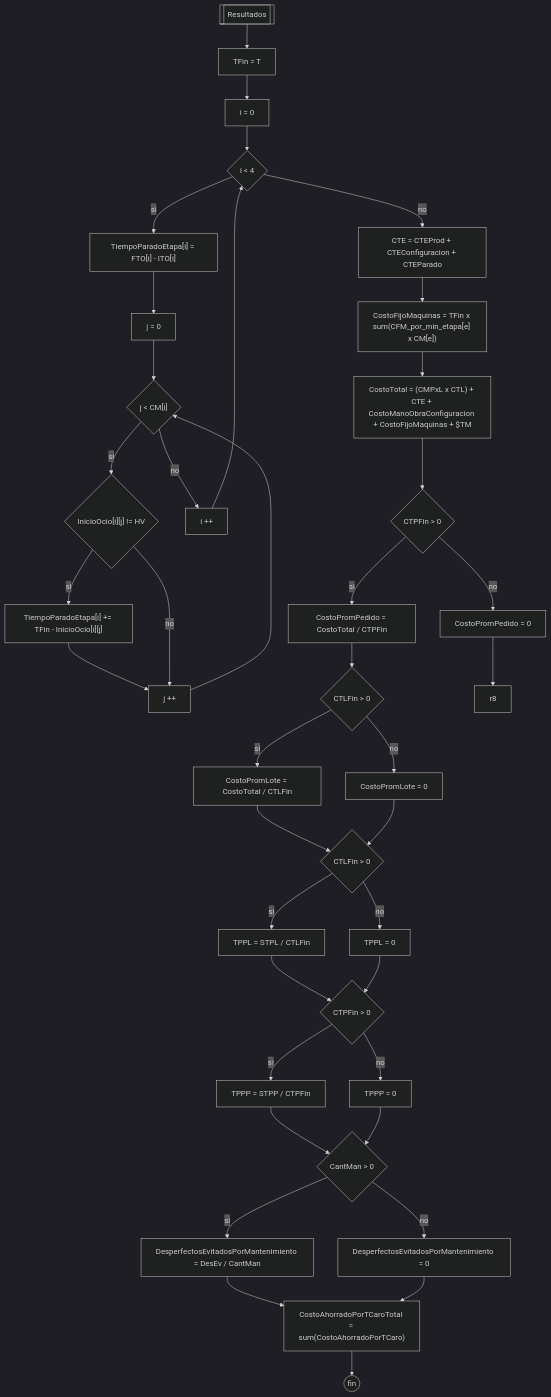
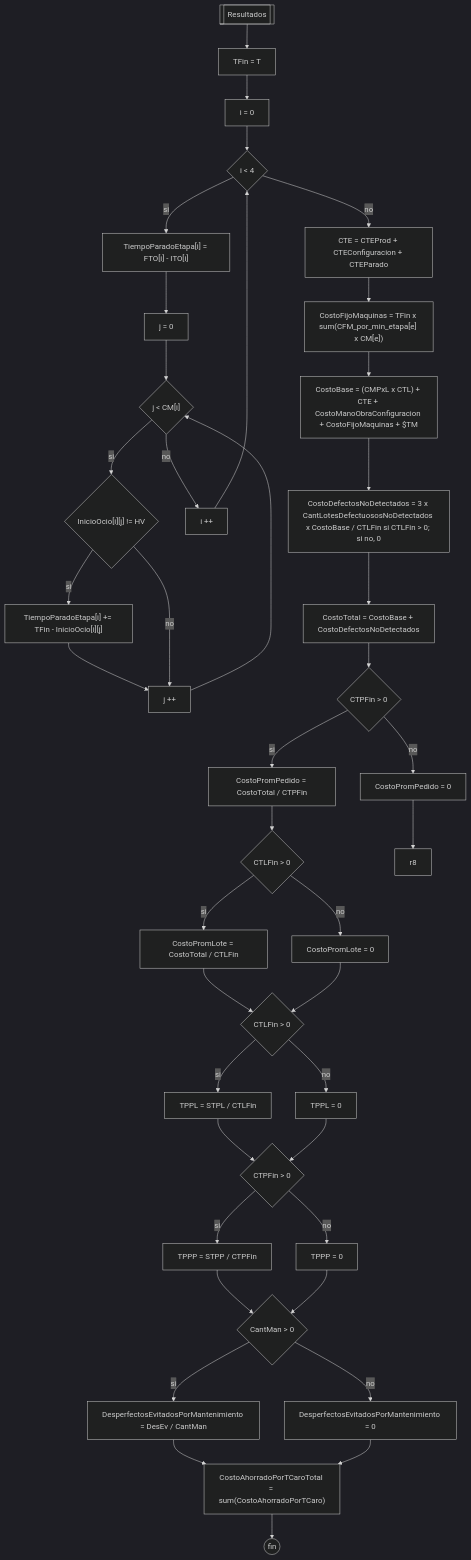
The diagram in Documentación/docs/Diagramas/Resultados.mermaid (JuanManuelPrividera/TP-Simu), drawn with Mermaid (dark theme) before and after one commit. The commit also changed 118 other files, not shown here.

```diff
--- a/Documentación/docs/Diagramas/Resultados.mermaid
+++ b/Documentación/docs/Diagramas/Resultados.mermaid
@@ -1,25 +1,25 @@
 flowchart TD
     direction TD
 
     a[[Resultados]] --> b["TFin = T"]
     b --> c["i = 0"]
     c --> d{"i < 4"}
     d --> |si| e["TiempoParadoEtapa[i] = FTO[i] - ITO[i]"]
     e --> f["j = 0"]
     f --> g{"j < CM[i]"}
     g --> |si| h{"InicioOcio[i][j] != HV"}
     h --> |si| h1["TiempoParadoEtapa[i] += TFin - InicioOcio[i][j]"] --> h2["j ++"] --> g
     h --> |no| h2
     g --> |no| i1["i ++"] --> d
-    d --> |no| r1["CTE = CTEProd + CTEConfiguracion + CTEParado"] --> r2["CostoFijoMaquinas = TFin x sum(CFM_por_min_etapa[e] x CM[e])"] --> r3["CostoTotal = (CMPxL x CTL) + CTE + CostoManoObraConfiguracion + CostoFijoMaquinas + $TM"] --> r4{"CTPFin > 0"}
+    d --> |no| r1["CTE = CTEProd + CTEConfiguracion + CTEParado"] --> r2["CostoFijoMaquinas = TFin x sum(CFM_por_min_etapa[e] x CM[e])"] --> r3["CostoBase = (CMPxL x CTL) + CTE + CostoManoObraConfiguracion + CostoFijoMaquinas + $TM"] --> r31["CostoDefectosNoDetectados = 3 x CantLotesDefectuososNoDetectados x CostoBase / CTLFin si CTLFin > 0; si no, 0"] --> r32["CostoTotal = CostoBase + CostoDefectosNoDetectados"] --> r4{"CTPFin > 0"}
     r4 --> |si| r5["CostoPromPedido = CostoTotal / CTPFin"] --> r6
     r4 --> |no| r7["CostoPromPedido = 0"] --> r8
     r6{"CTLFin > 0"} --> |si| r9["CostoPromLote = CostoTotal / CTLFin"] --> r11
     r6 --> |no| r10["CostoPromLote = 0"] --> r11
     r11{"CTLFin > 0"} --> |si| r12["TPPL = STPL / CTLFin"] --> r14
     r11 --> |no| r13["TPPL = 0"] --> r14
     r14{"CTPFin > 0"} --> |si| r15["TPPP = STPP / CTPFin"] --> r17
     r14 --> |no| r16["TPPP = 0"] --> r17
     r17{"CantMan > 0"} --> |si| r18["DesperfectosEvitadosPorMantenimiento = DesEv / CantMan"] --> r20
     r17 --> |no| r19["DesperfectosEvitadosPorMantenimiento = 0"] --> r20
     r20["CostoAhorradoPorTCaroTotal = sum(CostoAhorradoPorTCaro)"] --> fin((fin))
```
